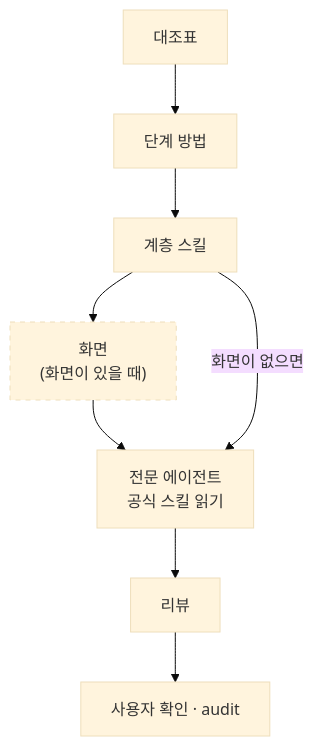
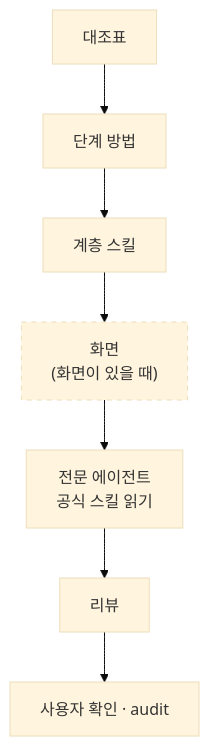
One commit to roadkwon-ai/pro-kit changed the second of 4 diagrams in handbook/skills/skill-map.md. Above: the diagram before and after it, drawn with Mermaid (base theme). The commit also changed other lines of this file and 50 other files, not shown here.

````diff
--- a/handbook/skills/skill-map.md
+++ b/handbook/skills/skill-map.md
@@ -24,19 +24,18 @@
 ```mermaid
 ---
 config:
   flowchart:
     wrappingWidth: 200
 ---
 flowchart TB
   accTitle: 대조표 뒤에 일하는 쪽
-  accDescr: 대조표의 단계마다 고른 구성이 방법을 정하고, 계층 스킬이 분야마다 읽을 스킬과 맡을 에이전트를 정해요. 화면이 있으면 화면 설계를 거쳐, 없으면 바로 전문 에이전트가 구현해요. 전문 에이전트는 공식 스킬을 읽어요. 이어서 리뷰, 사용자 확인과 audit으로 가요.
+  accDescr: 대조표의 단계마다 고른 구성이 방법을 정하고, 계층 스킬이 분야마다 읽을 스킬과 맡을 에이전트를 정해요. 화면이 있으면 화면 설계를 거치고, 없으면 이 단계를 건너뛰어요. 전문 에이전트는 공식 스킬을 읽어요. 이어서 리뷰, 사용자 확인과 audit으로 가요.
   T["대조표"] --> M["단계 방법"]
   M --> L["계층 스킬"]
   L --> UI["화면<br/>(화면이 있을 때)"]
   UI --> IMP["전문 에이전트<br/>공식 스킬 읽기"]
-  L -->|"화면이 없으면"| IMP
   IMP --> REV["리뷰"]
   REV --> AUD["사용자 확인 · audit"]
   classDef opt stroke-dasharray: 5 5
   class UI opt
 ```
````
